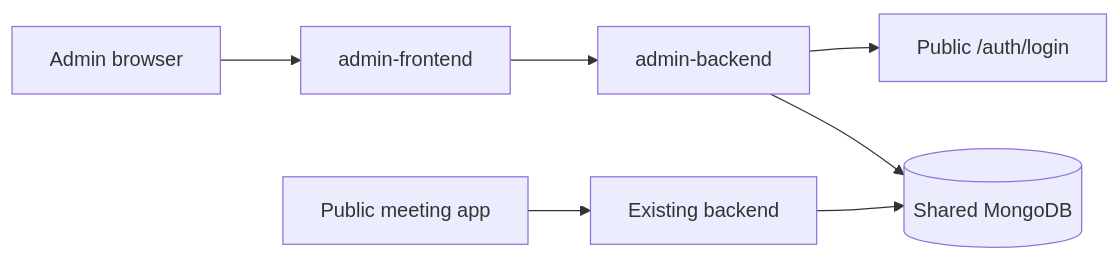
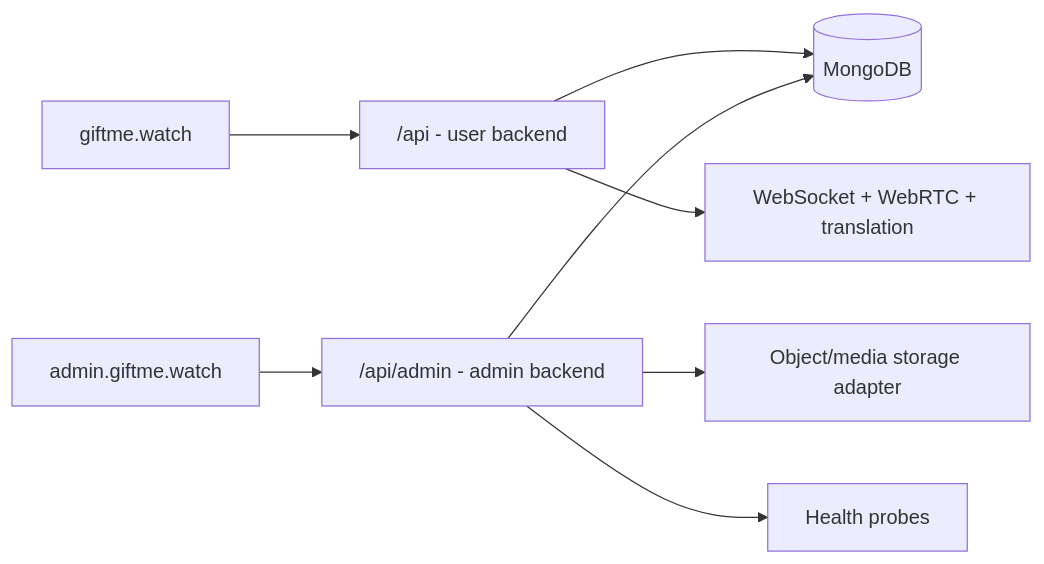
One commit to punarmilan/translation_bot changed the diagram in docs/ADMIN_ARCHITECTURE.md. Above: the diagram before and after it, drawn with Mermaid. The commit also changed other lines of this file and 60 other files, not shown here.

Commit message:
admin dashboard components and shared control for admin and user.

````diff
--- a/docs/ADMIN_ARCHITECTURE.md
+++ b/docs/ADMIN_ARCHITECTURE.md
@@ -15,9 +19,10 @@
 ```mermaid
 flowchart LR
-    Admin["Admin browser"] --> Portal["admin-frontend"]
-    Portal --> API["admin-backend"]
-    API --> Auth["Public /auth/login"]
-    API --> MongoDB[("Shared MongoDB")]
-    Public["Public meeting app"] --> MeetingAPI["Existing backend"]
-    MeetingAPI --> MongoDB
+    User["giftme.watch"] --> UserAPI["/api - user backend"]
+    Admin["admin.giftme.watch"] --> AdminAPI["/api/admin - admin backend"]
+    UserAPI --> MongoDB[("MongoDB")]
+    AdminAPI --> MongoDB
+    AdminAPI --> Media["Object/media storage adapter"]
+    AdminAPI --> Services["Health probes"]
+    UserAPI --> Meeting["WebSocket + WebRTC + translation"]
 ```
````
